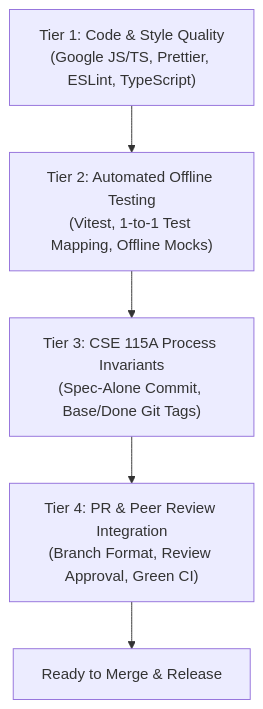
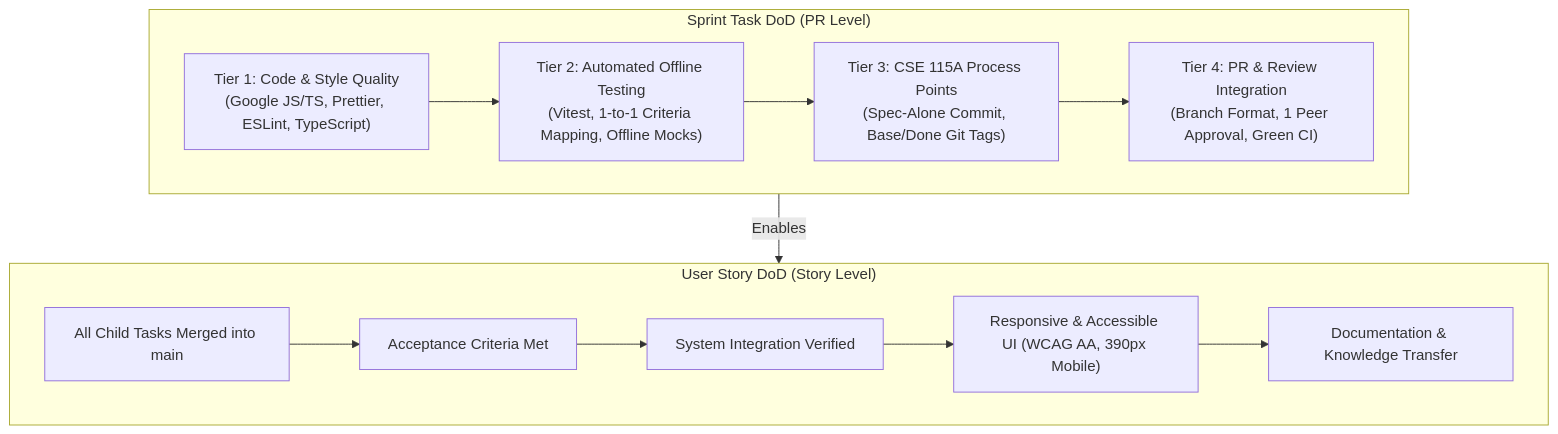
The diagram in docs/definition-of-done.md (Verilet/Verilet), drawn with Mermaid before and after one commit. The commit also changed other lines of this file and 6 other files, not shown here.

````diff
--- a/docs/definition-of-done.md
+++ b/docs/definition-of-done.md
@@ -7,9 +10,21 @@
 ```mermaid
 flowchart TD
-    T1["Tier 1: Code & Style Quality\n(Google JS/TS, Prettier, ESLint, TypeScript)"]
-    T2["Tier 2: Automated Offline Testing\n(Vitest, 1-to-1 Test Mapping, Offline Mocks)"]
-    T3["Tier 3: CSE 115A Process Invariants\n(Spec-Alone Commit, Base/Done Git Tags)"]
-    T4["Tier 4: PR & Peer Review Integration\n(Branch Format, Review Approval, Green CI)"]
+    subgraph TaskDoD["Sprint Task DoD (PR Level)"]
+        T1["Tier 1: Code & Style Quality\n(Google JS/TS, Prettier, ESLint, TypeScript)"]
+        T2["Tier 2: Automated Offline Testing\n(Vitest, 1-to-1 Criteria Mapping, Offline Mocks)"]
+        T3["Tier 3: CSE 115A Process Points\n(Spec-Alone Commit, Base/Done Git Tags)"]
+        T4["Tier 4: PR & Review Integration\n(Branch Format, 1 Peer Approval, Green CI)"]
+        T1 --> T2 --> T3 --> T4
+    end
 
-    T1 --> T2 --> T3 --> T4 --> DONE["Ready to Merge & Release"]
+    subgraph StoryDoD["User Story DoD (Story Level)"]
+        S1["All Child Tasks Merged into main"]
+        S2["Acceptance Criteria Met"]
+        S3["System Integration Verified"]
+        S4["Responsive & Accessible UI (WCAG AA, 390px Mobile)"]
+        S5["Documentation & Knowledge Transfer"]
+        S1 --> S2 --> S3 --> S4 --> S5
+    end
+
+    TaskDoD -->|"Enables"| StoryDoD
 ```
````
